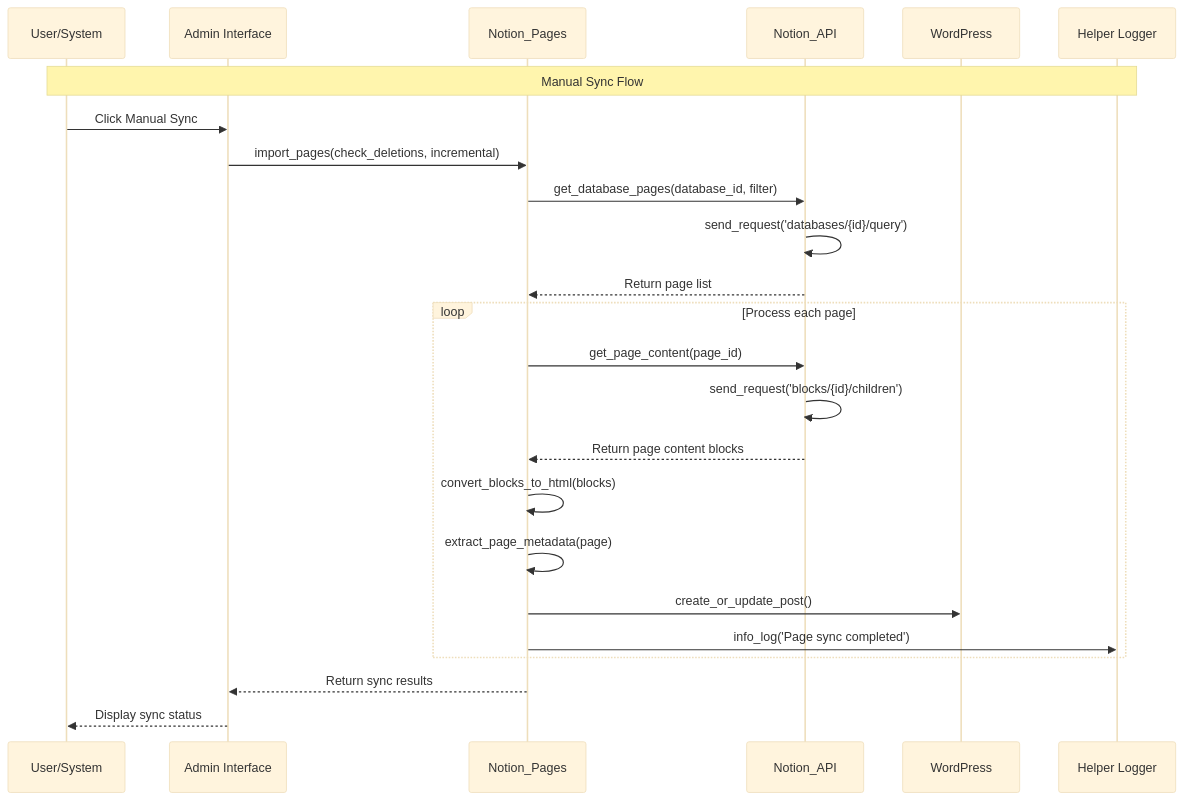
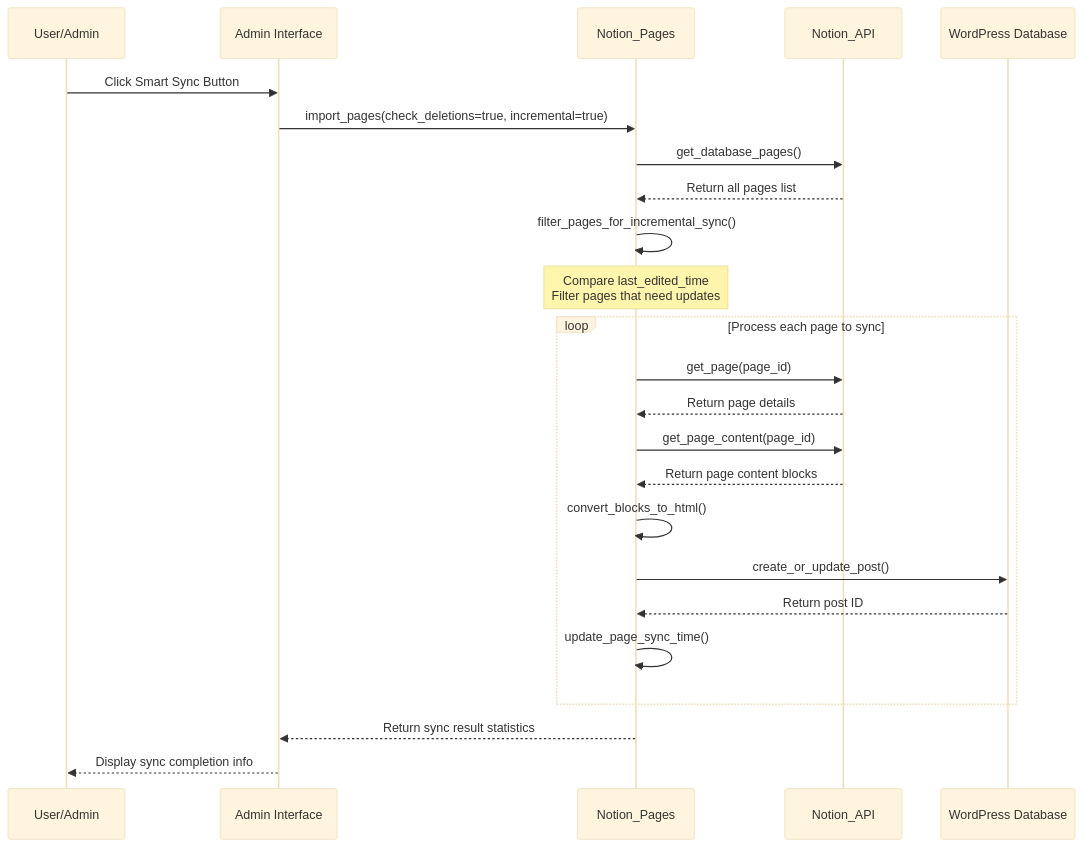
One commit to Frank-Loong/Notion-to-WordPress changed the second of 4 diagrams in docs/DEVELOPER_GUIDE.md. Above: the diagram before and after it, drawn with Mermaid (base theme). The commit also changed other lines of this file and 13 other files, not shown here.

````diff
--- a/docs/DEVELOPER_GUIDE.md
+++ b/docs/DEVELOPER_GUIDE.md
@@ -342,29 +200,29 @@
 ```mermaid
 sequenceDiagram
-    participant U as User/System
+    participant U as User/Admin
     participant A as Admin Interface
     participant P as Notion_Pages
     participant API as Notion_API
-    participant WP as WordPress
-    participant H as Helper Logger
+    participant WP as WordPress Database
 
-    Note over U,H: Manual Sync Flow
-    U->>A: Click Manual Sync
-    A->>P: import_pages(check_deletions, incremental)
-    P->>API: get_database_pages(database_id, filter)
-    API->>API: send_request('databases/{id}/query')
-    API-->>P: Return page list
+    U->>A: Click Smart Sync Button
+    A->>P: import_pages(check_deletions=true, incremental=true)
+    P->>API: get_database_pages()
+    API-->>P: Return all pages list
+    P->>P: filter_pages_for_incremental_sync()
+    Note over P: Compare last_edited_time<br/>Filter pages that need updates
 
-    loop Process each page
+    loop Process each page to sync
+        P->>API: get_page(page_id)
+        API-->>P: Return page details
         P->>API: get_page_content(page_id)
-        API->>API: send_request('blocks/{id}/children')
         API-->>P: Return page content blocks
-        P->>P: convert_blocks_to_html(blocks)
-        P->>P: extract_page_metadata(page)
+        P->>P: convert_blocks_to_html()
         P->>WP: create_or_update_post()
-        P->>H: info_log('Page sync completed')
+        WP-->>P: Return post ID
+        P->>P: update_page_sync_time()
     end
 
-    P-->>A: Return sync results
-    A-->>U: Display sync status
+    P-->>A: Return sync result statistics
+    A-->>U: Display sync completion info
 ```
````
